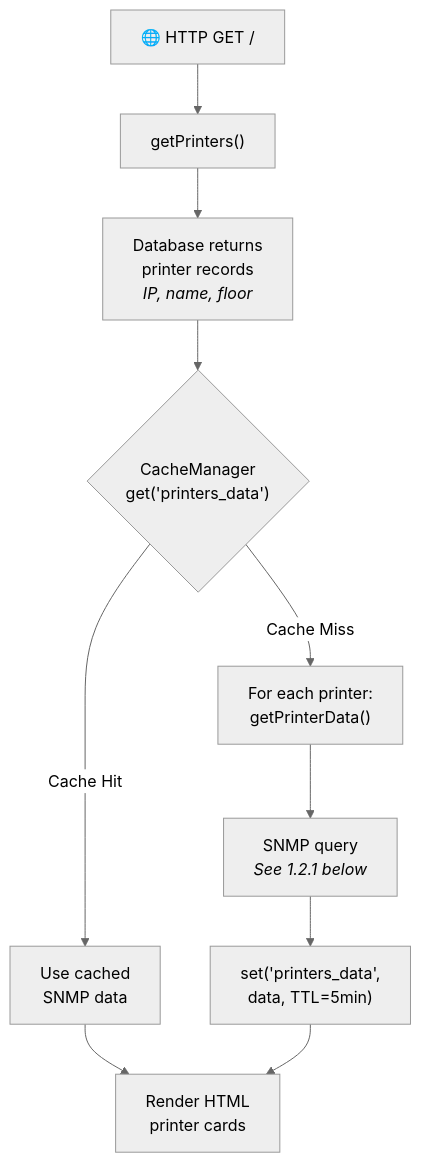
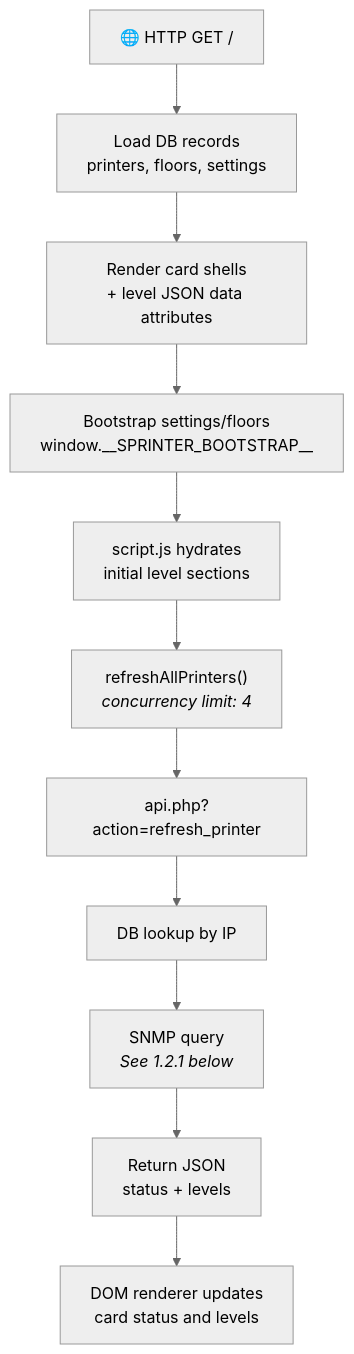
The second of 15 diagrams in architecture.md (Silorak/S-printer), drawn with Mermaid (neutral theme) before and after one commit. The commit also changed other lines of this file and 13 other files, not shown here.

````diff
--- a/architecture.md
+++ b/architecture.md
@@ -59,15 +59,13 @@
 ```mermaid
 graph TD
-    A["🌐 HTTP GET /"] --> B["getPrinters()"]
-    B --> C["Database returns<br/>printer records<br/><i>IP, name, floor</i>"]
-    C --> D{"CacheManager<br/>get('printers_data')"}
-
-    D -->|"Cache Hit"| E["Use cached<br/>SNMP data"]
-    D -->|"Cache Miss"| F["For each printer:<br/>getPrinterData()"]
-
-    F --> G["SNMP query<br/><i>See 1.2.1 below</i>"]
-    G --> H["set('printers_data',<br/>data, TTL=5min)"]
-
-    E --> I["Render HTML<br/>printer cards"]
-    H --> I
+    A["🌐 HTTP GET /"] --> B["Load DB records<br/>printers, floors, settings"]
+    B --> C["Render card shells<br/>+ level JSON data attributes"]
+    C --> D["Bootstrap settings/floors<br/>window.__SPRINTER_BOOTSTRAP__"]
+    D --> E["script.js hydrates<br/>initial level sections"]
+    E --> F["refreshAllPrinters()<br/><i>concurrency limit: 4</i>"]
+    F --> G["api.php?action=refresh_printer"]
+    G --> H["DB lookup by IP"]
+    H --> I["SNMP query<br/><i>See 1.2.1 below</i>"]
+    I --> J["Return JSON<br/>status + levels"]
+    J --> K["DOM renderer updates<br/>card status and levels"]
 ```
````
